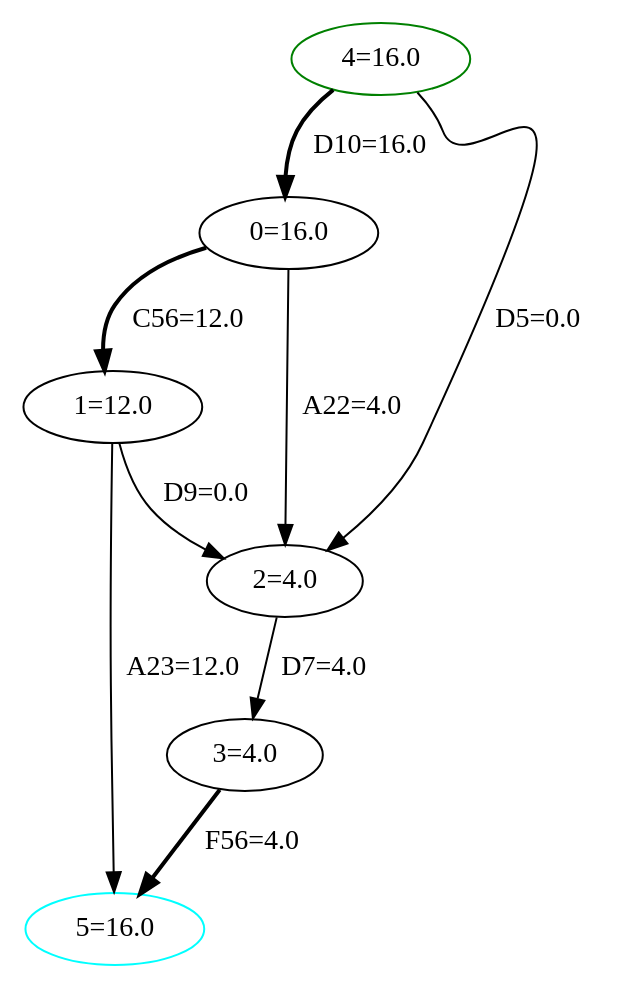
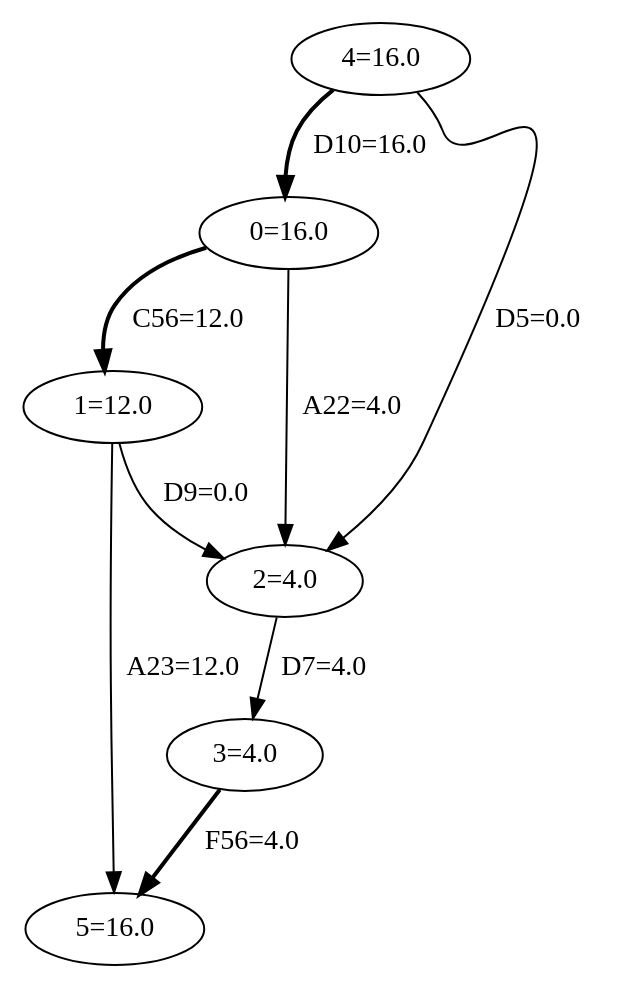
The diagram in java/EjemplosDeGrafos/ficheros/min_cost3_solution.gv (migueltoro/ada_v2_18), drawn with Graphviz before and after one commit. The commit also changed 4 other files, not shown here.

```diff
--- a/java/EjemplosDeGrafos/ficheros/min_cost3_solution.gv
+++ b/java/EjemplosDeGrafos/ficheros/min_cost3_solution.gv
@@ -1,16 +1,16 @@
 strict digraph G {
-  1 [ color="blank" label="0=16.0" ];
-  2 [ color="blank" label="1=12.0" ];
-  3 [ color="blank" label="2=4.0" ];
-  4 [ color="blank" label="3=4.0" ];
-  5 [ color="green" label="4=16.0" ];
-  6 [ color="cyan" label="5=16.0" ];
+  1 [ label="0=16.0" ];
+  2 [ label="1=12.0" ];
+  3 [ label="2=4.0" ];
+  4 [ label="3=4.0" ];
+  5 [ label="4=16.0" ];
+  6 [ label="5=16.0" ];
   1 -> 3 [ style="solid" label="A22=4.0" ];
   1 -> 2 [ style="bold" label="C56=12.0" ];
   2 -> 3 [ style="solid" label="D9=0.0" ];
   3 -> 4 [ style="solid" label="D7=4.0" ];
   5 -> 1 [ style="bold" label="D10=16.0" ];
   5 -> 3 [ style="solid" label="D5=0.0" ];
   2 -> 6 [ style="solid" label="A23=12.0" ];
   4 -> 6 [ style="bold" label="F56=4.0" ];
 }
```
